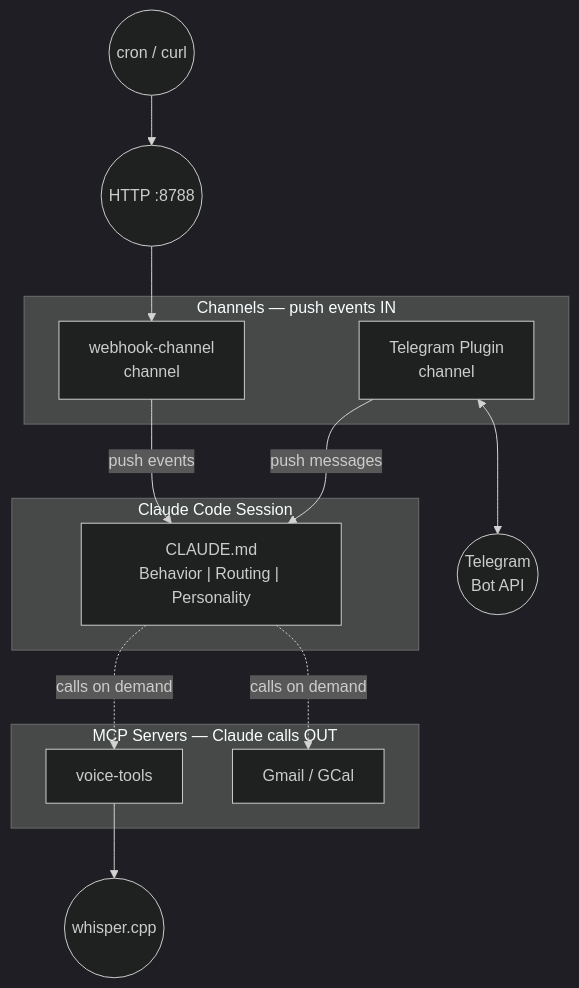
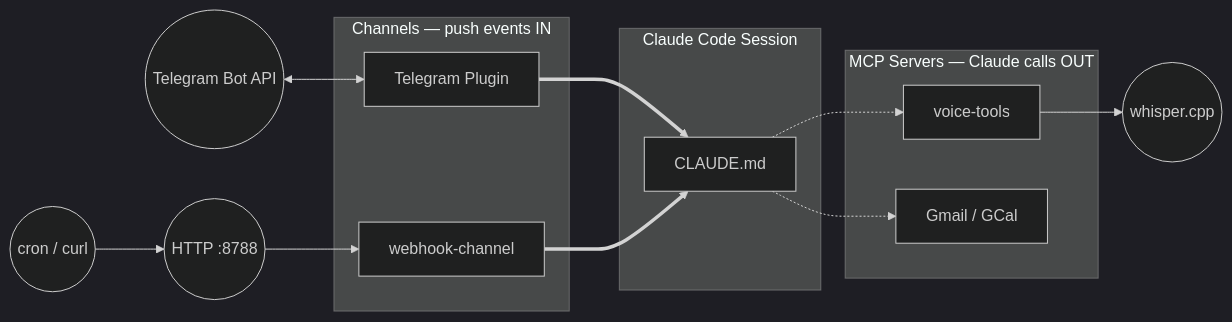
The diagram in README.md (jason-c-dev/claude-channels), drawn with Mermaid (dark theme) before and after one commit. The commit also changed other lines of this file, not shown here.

Commit message:
Fix Mermaid diagram overlap and legend
Switch to LR layout to prevent text/arrow overlap on the tools
subgraph. Use thick vs dotted arrows as the visual key instead
of colors.

````diff
--- a/README.md
+++ b/README.md
@@ -39,30 +39,30 @@
 ```mermaid
-graph TB
+graph LR
+    cron(("cron / curl")) --> http(("HTTP :8788"))
+    tgapi(("Telegram Bot API"))
+
+    http --> webhook
+    tgapi <--> telegram
+
     subgraph channels [" Channels — push events IN "]
-        telegram["Telegram Plugin<br/>channel"]
-        webhook["webhook-channel<br/>channel"]
+        telegram["Telegram Plugin"]
+        webhook["webhook-channel"]
     end
 
+    telegram ==> claude
+    webhook ==> claude
+
     subgraph session [" Claude Code Session "]
-        claude["CLAUDE.md<br/>Behavior | Routing | Personality"]
+        claude["CLAUDE.md"]
     end
+
+    claude -.-> voice
+    claude -.-> gmail
 
     subgraph tools [" MCP Servers — Claude calls OUT "]
         voice["voice-tools"]
         gmail["Gmail / GCal"]
     end
 
-    tgapi(("Telegram<br/>Bot API"))
-    whisper(("whisper.cpp"))
-    http(("HTTP :8788"))
-    cron(("cron / curl"))
-
-    telegram -- "push messages" --> claude
-    webhook -- "push events" --> claude
-    claude -. "calls on demand" .-> voice
-    claude -. "calls on demand" .-> gmail
-    telegram <--> tgapi
-    voice --> whisper
-    http --> webhook
-    cron --> http
+    voice --> whisper(("whisper.cpp"))
 ```
````
